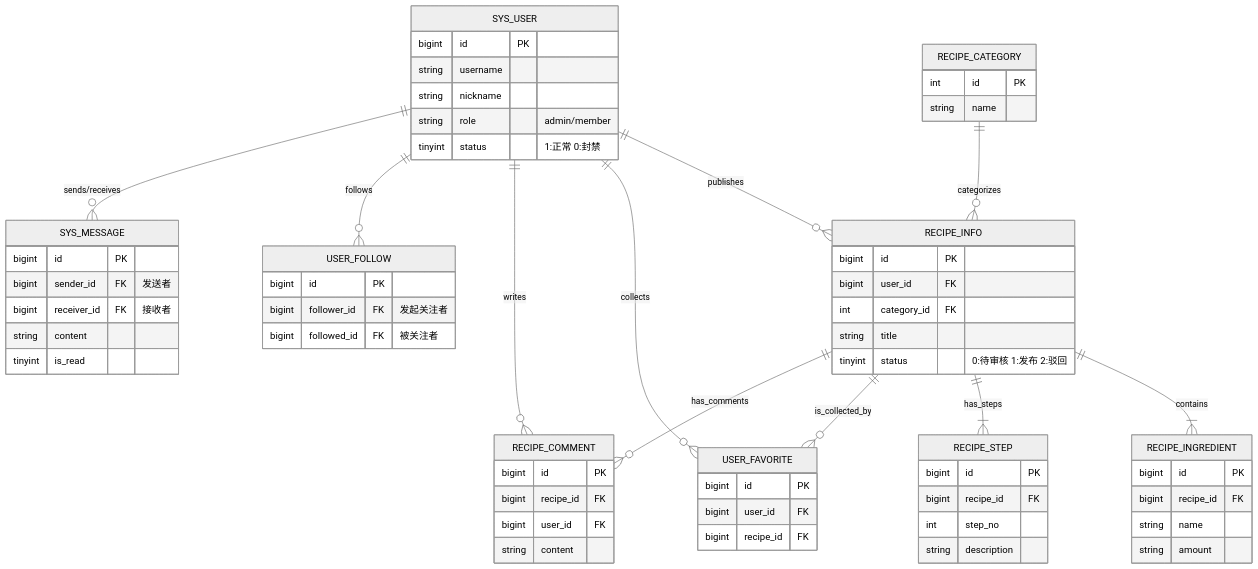
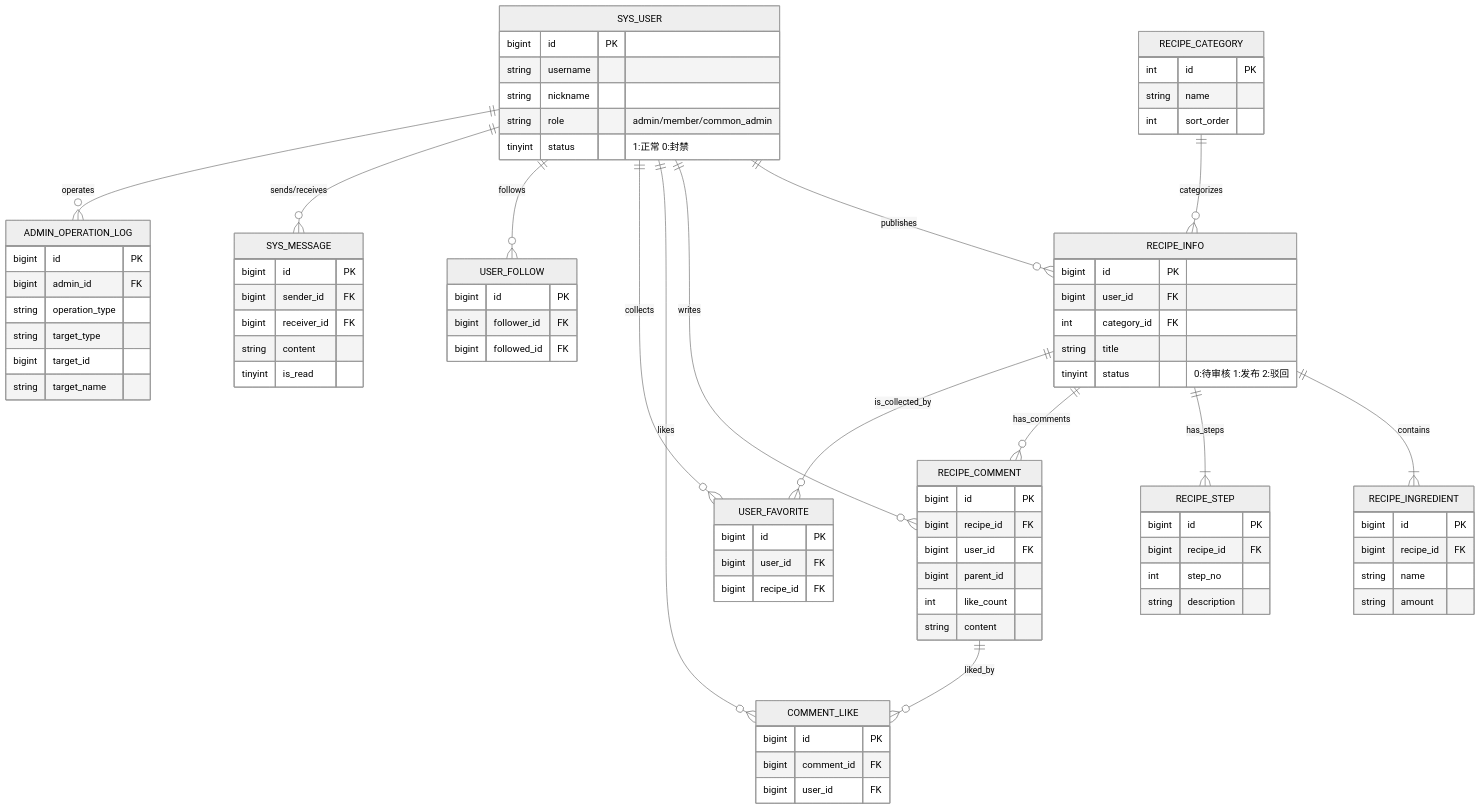
Before and after one commit to N1etZsch3/recipe-platform: the diagram in doc/数据库设计.md, drawn with Mermaid (neutral theme). The commit also changed other lines of this file and 38 other files, not shown here.

````diff
--- a/doc/数据库设计.md
+++ b/doc/数据库设计.md
@@ -28,21 +17,19 @@
 ```mermaid
 erDiagram
-    %% 用户表
     SYS_USER {
         bigint id PK
         string username
         string nickname
-        string role "admin/member"
+        string role "admin/member/common_admin"
         tinyint status "1:正常 0:封禁"
     }
 
-    %% 菜谱分类表
     RECIPE_CATEGORY {
         int id PK
         string name
+        int sort_order
     }
 
-    %% 菜谱主表
     RECIPE_INFO {
         bigint id PK
         bigint user_id FK
@@ -51,7 +38,6 @@
         tinyint status "0:待审核 1:发布 2:驳回"
     }
 
-    %% 菜谱用料表
     RECIPE_INGREDIENT {
         bigint id PK
         bigint recipe_id FK
@@ -59,7 +45,6 @@
         string amount
     }
 
-    %% 菜谱步骤表
     RECIPE_STEP {
         bigint id PK
         bigint recipe_id FK
@@ -67,60 +52,66 @@
         string description
     }
 
-    %% 评论表
     RECIPE_COMMENT {
         bigint id PK
         bigint recipe_id FK
         bigint user_id FK
+        bigint parent_id
+        int like_count
         string content
     }
 
-    %% 收藏关联表 (多对多中间表)
+    COMMENT_LIKE {
+        bigint id PK
+        bigint comment_id FK
+        bigint user_id FK
+    }
+
     USER_FAVORITE {
         bigint id PK
         bigint user_id FK
         bigint recipe_id FK
     }
 
-    %% 关注关联表 (多对多中间表)
     USER_FOLLOW {
         bigint id PK
-        bigint follower_id FK "发起关注者"
-        bigint followed_id FK "被关注者"
+        bigint follower_id FK
+        bigint followed_id FK
     }
 
-    %% 私信表
     SYS_MESSAGE {
         bigint id PK
-        bigint sender_id FK "发送者"
-        bigint receiver_id FK "接收者"
+        bigint sender_id FK
+        bigint receiver_id FK
         string content
         tinyint is_read
     }
 
-    %% --- 关系定义 ---
+    ADMIN_OPERATION_LOG {
+        bigint id PK
+        bigint admin_id FK
+        string operation_type
+        string target_type
+        bigint target_id
+        string target_name
+    }
 
-    %% 用户与菜谱：一对多 (一个用户发布多个菜谱)
     SYS_USER ||--o{ RECIPE_INFO : "publishes"
-    
-    %% 分类与菜谱：一对多 (一个分类包含多个菜谱)
     RECIPE_CATEGORY ||--o{ RECIPE_INFO : "categorizes"
-
-    %% 菜谱与组成部分：一对多 (一个菜谱有多个用料/步骤)
     RECIPE_INFO ||--|{ RECIPE_INGREDIENT : "contains"
     RECIPE_INFO ||--|{ RECIPE_STEP : "has_steps"
 
-    %% 互动：收藏 (多对多，通过中间表)
+    SYS_USER ||--o{ RECIPE_COMMENT : "writes"
+    RECIPE_INFO ||--o{ RECIPE_COMMENT : "has_comments"
+    RECIPE_COMMENT ||--o{ COMMENT_LIKE : "liked_by"
+    SYS_USER ||--o{ COMMENT_LIKE : "likes"
+
     SYS_USER ||--o{ USER_FAVORITE : "collects"
     RECIPE_INFO ||--o{ USER_FAVORITE : "is_collected_by"
 
-    %% 互动：评论 (用户对菜谱)
-    SYS_USER ||--o{ RECIPE_COMMENT : "writes"
-    RECIPE_INFO ||--o{ RECIPE_COMMENT : "has_comments"
-
-    %% 社交：关注 (用户关注用户)
     SYS_USER ||--o{ USER_FOLLOW : "follows"
 
-    %% 社交：私信 (用户发给用户)
     SYS_USER ||--o{ SYS_MESSAGE : "sends/receives"
+
+    SYS_USER ||--o{ ADMIN_OPERATION_LOG : "operates"
 ```
````
